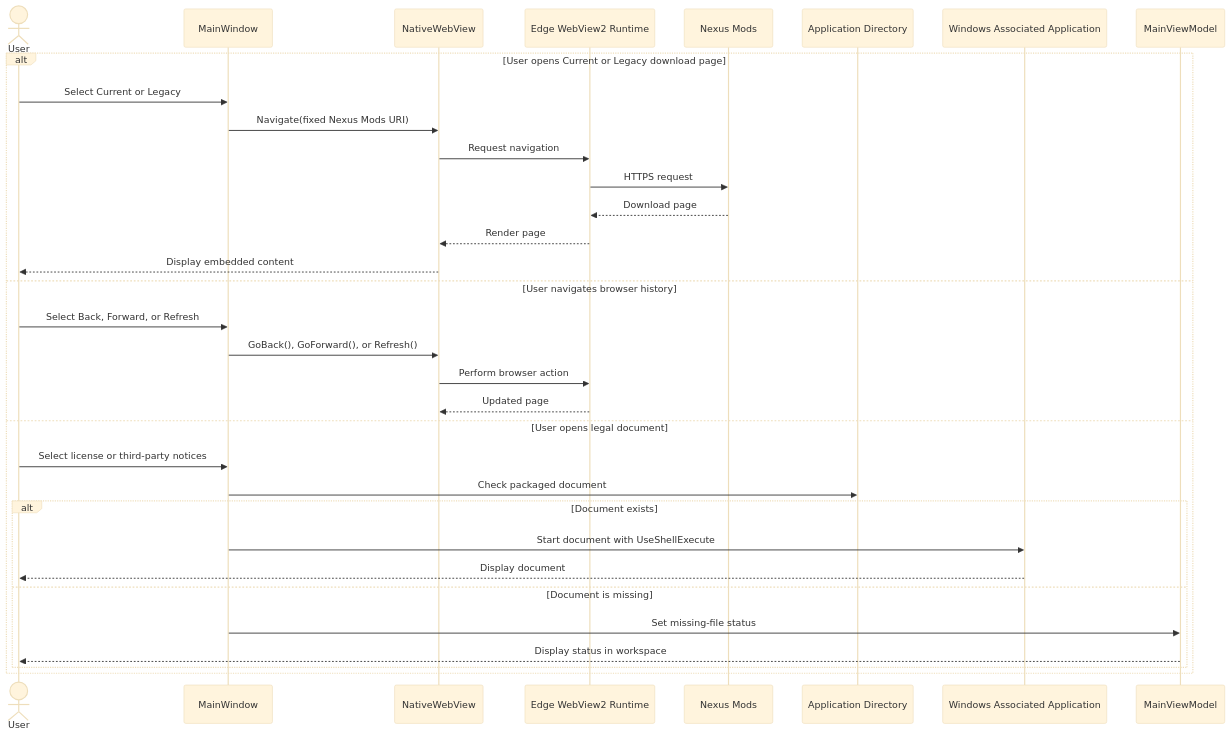
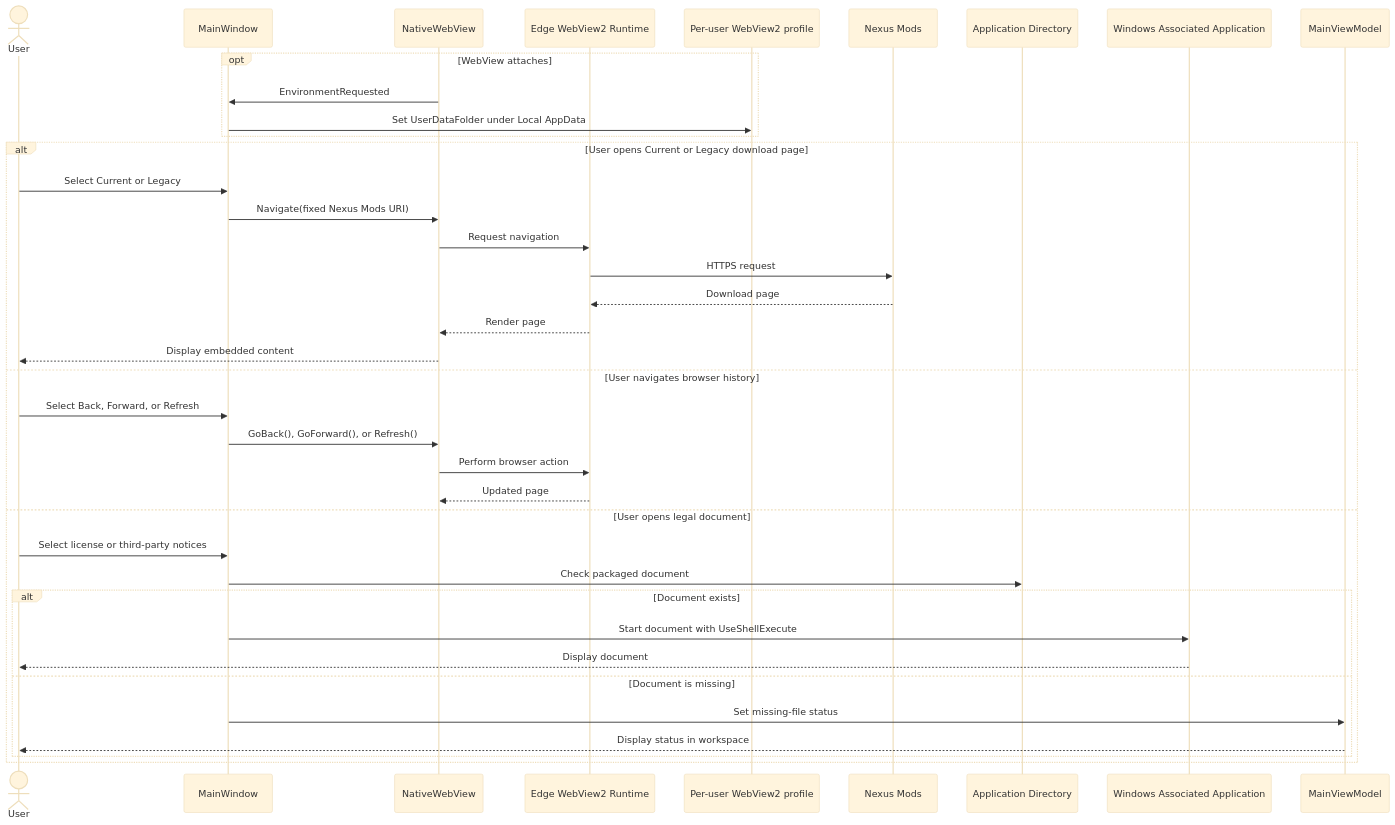
One commit to Arron-Dominion/ChampollionGraphicalUserInterface changed the diagram in docs/architecture/diagrams/sequences/help-and-about.md. Above: the diagram before and after it, drawn with Mermaid (base theme). The commit also changed other lines of this file and 16 other files, not shown here.

First line of the commit message:
Fixed WebView2 (#3)

````diff
--- a/docs/architecture/diagrams/sequences/help-and-about.md
+++ b/docs/architecture/diagrams/sequences/help-and-about.md
@@ -7,36 +7,41 @@
 ```mermaid
 sequenceDiagram
     actor User
     participant Window as MainWindow
     participant WebView as NativeWebView
     participant Runtime as Edge WebView2 Runtime
+    participant Profile as Per-user WebView2 profile
     participant Nexus as Nexus Mods
     participant FS as Application Directory
     participant Shell as Windows Associated Application
     participant VM as MainViewModel
 
+    opt WebView attaches
+        WebView->>Window: EnvironmentRequested
+        Window->>Profile: Set UserDataFolder under Local AppData
+    end
     alt User opens Current or Legacy download page
         User->>Window: Select Current or Legacy
         Window->>WebView: Navigate(fixed Nexus Mods URI)
         WebView->>Runtime: Request navigation
         Runtime->>Nexus: HTTPS request
         Nexus-->>Runtime: Download page
         Runtime-->>WebView: Render page
         WebView-->>User: Display embedded content
     else User navigates browser history
         User->>Window: Select Back, Forward, or Refresh
         Window->>WebView: GoBack(), GoForward(), or Refresh()
         WebView->>Runtime: Perform browser action
         Runtime-->>WebView: Updated page
     else User opens legal document
         User->>Window: Select license or third-party notices
         Window->>FS: Check packaged document
         alt Document exists
             Window->>Shell: Start document with UseShellExecute
             Shell-->>User: Display document
         else Document is missing
             Window->>VM: Set missing-file status
             VM-->>User: Display status in workspace
         end
     end
 ```
````
